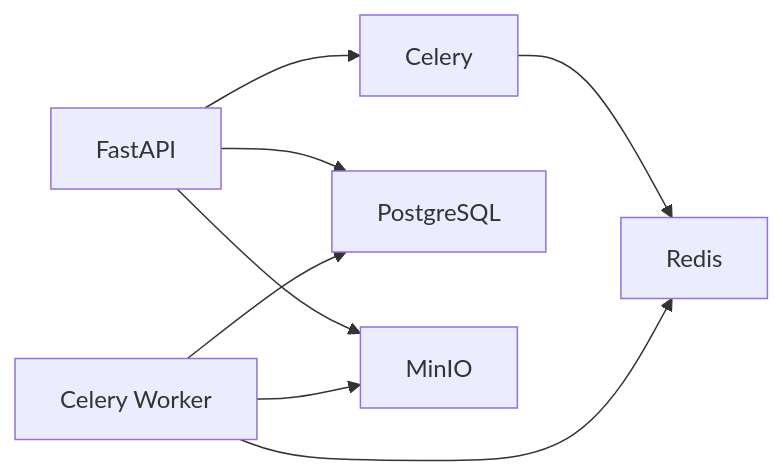
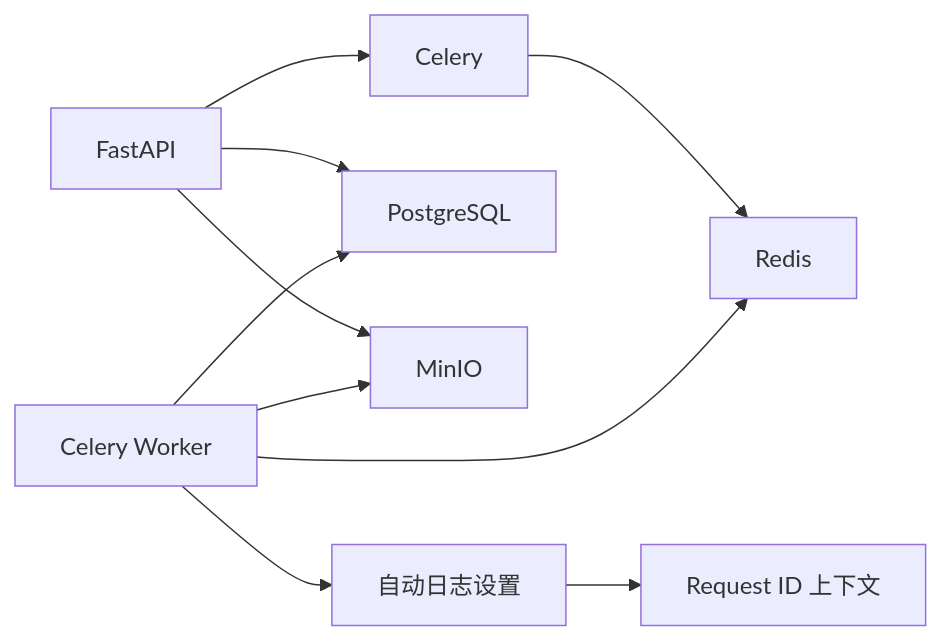
One commit to selectzhangyuan/AI-photo-coach changed diagram 11 of 11 in .qoder/repowiki/zh/content/异步任务系统.md. Above: the diagram before and after it, drawn with Mermaid. The commit also changed other lines of this file and 16 other files, not shown here.

````diff
--- a/.qoder/repowiki/zh/content/异步任务系统.md
+++ b/.qoder/repowiki/zh/content/异步任务系统.md
@@ -375,10 +420,12 @@
 ```mermaid
 graph LR
 Celery["Celery"] --> Redis["Redis"]
 FastAPI["FastAPI"] --> Celery
 FastAPI --> PostgreSQL["PostgreSQL"]
 FastAPI --> MinIO["MinIO"]
 Worker["Celery Worker"] --> Redis
 Worker --> PostgreSQL
 Worker --> MinIO
+Worker --> Logging["自动日志设置"]
+Logging --> RequestID["Request ID 上下文"]
 ```
````
